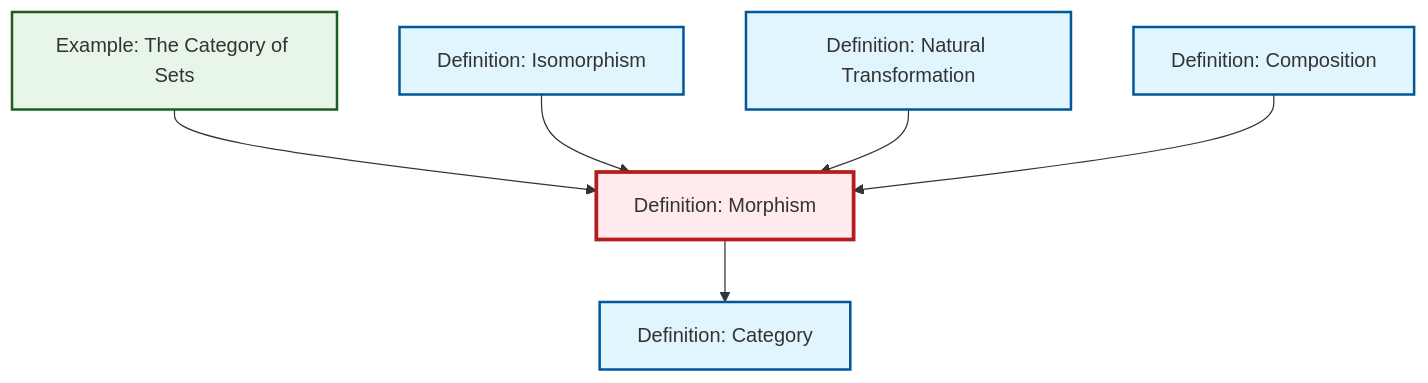
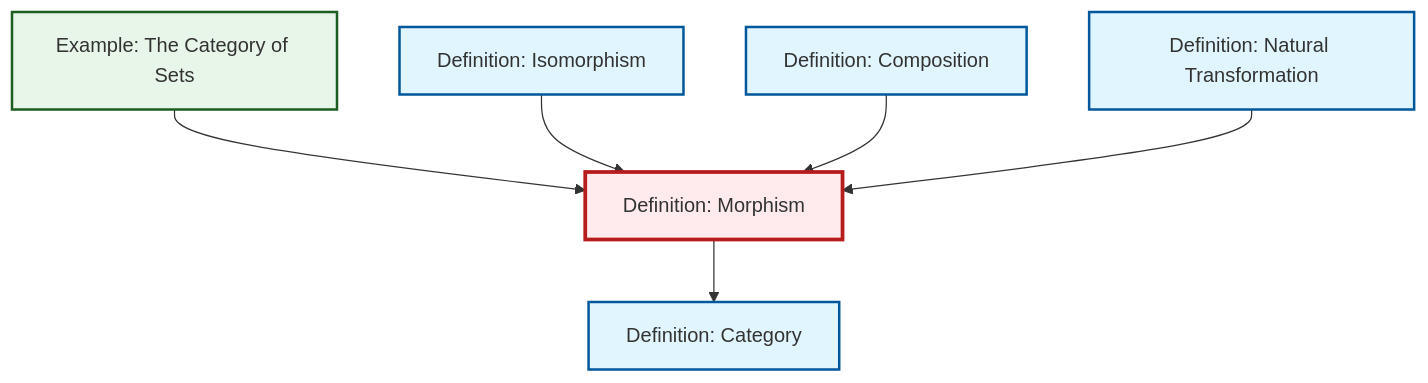
Before and after one commit to RK0429/ModernMath: the diagram in content/en/category-theory/def-morphism.qmd, drawn with Mermaid. The commit also changed other lines of this file and 530 other files, not shown here.

````diff
--- a/content/en/category-theory/def-morphism.qmd
+++ b/content/en/category-theory/def-morphism.qmd
@@ -55,26 +55,26 @@
 ```{mermaid}
 %%| fig-cap: "Local dependency graph"
 graph TD
     classDef definition fill:#e1f5fe,stroke:#01579b,stroke-width:2px
     classDef theorem fill:#f3e5f5,stroke:#4a148c,stroke-width:2px
     classDef axiom fill:#fff3e0,stroke:#e65100,stroke-width:2px
     classDef example fill:#e8f5e9,stroke:#1b5e20,stroke-width:2px
     classDef current fill:#ffebee,stroke:#b71c1c,stroke-width:3px
+    def-composition["Definition: Composition"]:::definition
+    def-isomorphism["Definition: Isomorphism"]:::definition
     def-category["Definition: Category"]:::definition
+    ex-set-category["Example: The Category of Sets"]:::example
+    def-morphism["Definition: Morphism"]:::definition
     def-natural-transformation["Definition: Natural Transformation"]:::definition
-    def-morphism["Definition: Morphism"]:::definition
-    def-composition["Definition: Composition"]:::definition
-    ex-set-category["Example: The Category of Sets"]:::example
-    def-isomorphism["Definition: Isomorphism"]:::definition
     ex-set-category --> def-morphism
+    def-morphism --> def-category
     def-isomorphism --> def-morphism
-    def-morphism --> def-category
+    def-composition --> def-morphism
     def-natural-transformation --> def-morphism
-    def-composition --> def-morphism
     class def-morphism current
+    click def-composition "def-composition.html" "Go to Composition definition"
+    click def-isomorphism "def-isomorphism.html" "Go to Isomorphism definition"
     click def-category "def-category.html" "Go to Category definition"
+    click ex-set-category "ex-set-category.html" "Go to The Category of Sets example"
     click def-natural-transformation "def-natural-transformation.html" "Go to Natural Transformation definition"
-    click def-composition "def-composition.html" "Go to Composition definition"
-    click ex-set-category "ex-set-category.html" "Go to The Category of Sets example"
-    click def-isomorphism "def-isomorphism.html" "Go to Isomorphism definition"
 ```
````
